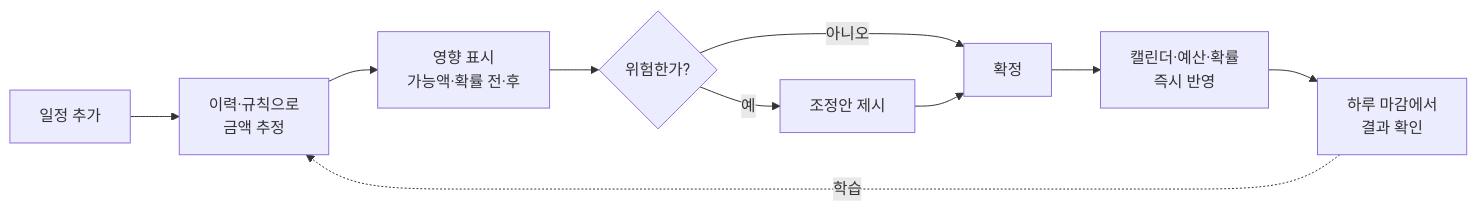
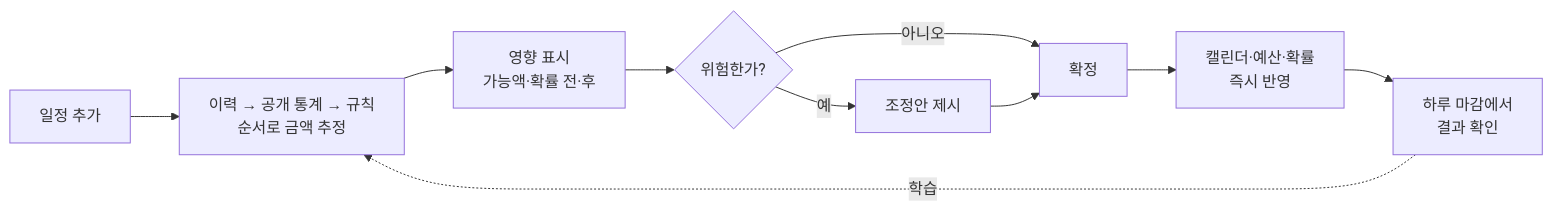
The first of 2 diagrams in README.md (muju0629/KB_Tune), drawn with Mermaid before and after one commit. The commit also changed other lines of this file and 22 other files, not shown here.

````diff
--- a/README.md
+++ b/README.md
@@ -483,12 +498,12 @@
 ```mermaid
 flowchart LR
-  A[일정 추가] --> B[이력·규칙으로<br/>금액 추정]
+  A[일정 추가] --> B[이력 → 공개 통계 → 규칙<br/>순서로 금액 추정]
   B --> C[영향 표시<br/>가능액·확률 전·후]
   C --> D{위험한가?}
   D -->|예| E[조정안 제시]
   D -->|아니오| F[확정]
   E --> F
   F --> G[캘린더·예산·확률<br/>즉시 반영]
   G --> H[하루 마감에서<br/>결과 확인]
   H -.학습.-> B
 ```
````
